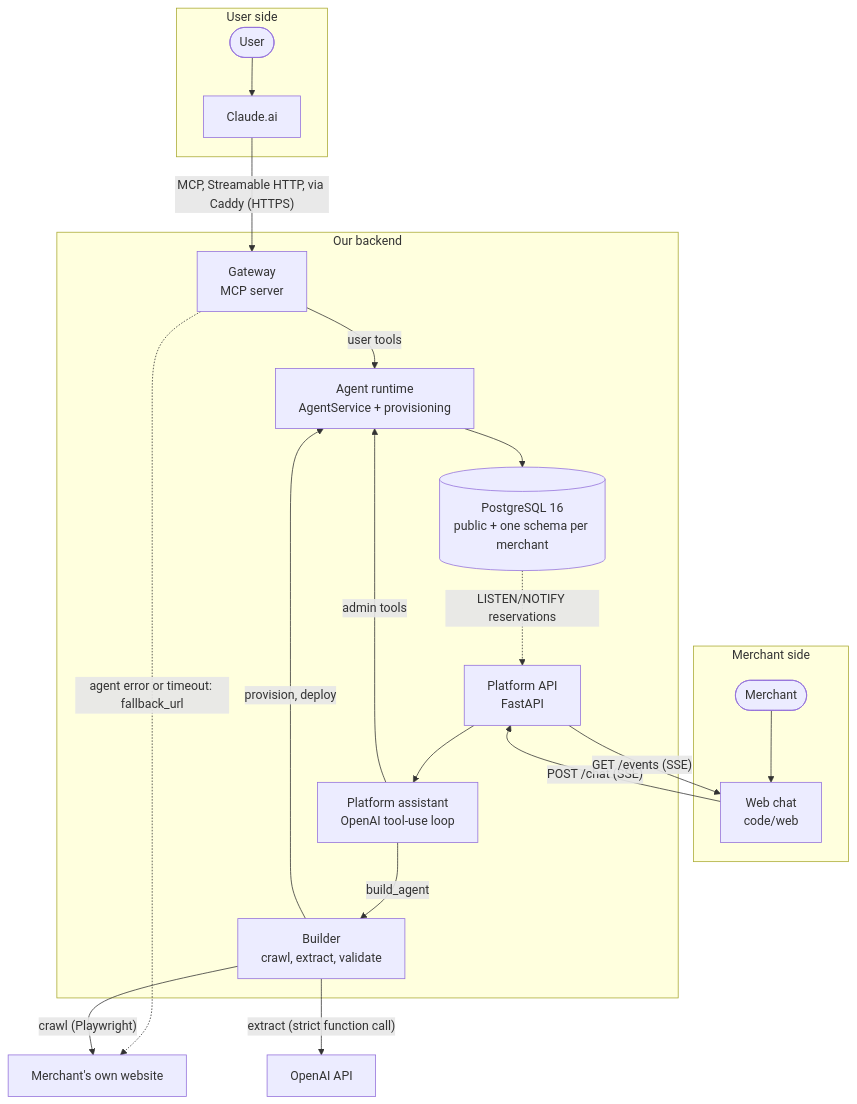
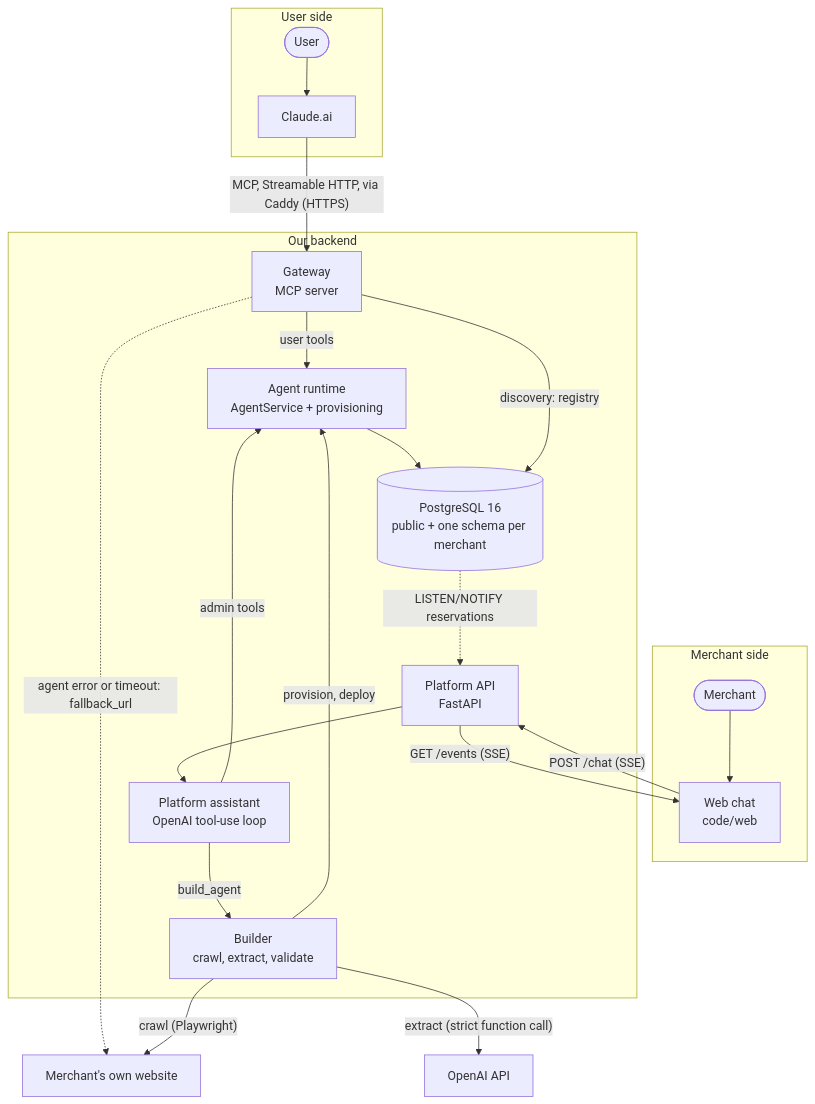
One commit to MaxEntz/BaselHack2026 changed the first of 2 diagrams in documentation/ARCHITECTURE.md. Above: the diagram before and after it, drawn with Mermaid. The commit also changed other lines of this file and 6 other files, not shown here.

First line of the commit message:
docs: address review of the architecture docs

````diff
--- a/documentation/ARCHITECTURE.md
+++ b/documentation/ARCHITECTURE.md
@@ -12,35 +12,36 @@
 ```mermaid
 flowchart TB
   subgraph USER["User side"]
     U(["User"]) --> C["Claude.ai"]
   end
 
   subgraph MERCHANT["Merchant side"]
     M(["Merchant"]) --> WEB["Web chat<br/>code/web"]
   end
 
   subgraph BACKEND["Our backend"]
     GW["Gateway<br/>MCP server"]
     AG["Agent runtime<br/>AgentService + provisioning"]
     DB[("PostgreSQL 16<br/>public + one schema per merchant")]
     PL["Platform API<br/>FastAPI"]
     ASSIST["Platform assistant<br/>OpenAI tool-use loop"]
     BU["Builder<br/>crawl, extract, validate"]
   end
 
   C -->|"MCP, Streamable HTTP, via Caddy (HTTPS)"| GW
   GW -->|"user tools"| AG
   AG --> DB
+  GW -->|"discovery: registry"| DB
   GW -.->|"agent error or timeout: fallback_url"| SITE["Merchant's own website"]
 
   WEB -->|"POST /chat (SSE)"| PL
   PL --> ASSIST
   ASSIST -->|"admin tools"| AG
   ASSIST -->|"build_agent"| BU
   BU -->|"crawl (Playwright)"| SITE
   BU -->|"extract (strict function call)"| OAI["OpenAI API"]
   BU -->|"provision, deploy"| AG
 
   DB -.->|"LISTEN/NOTIFY reservations"| PL
   PL -->|"GET /events (SSE)"| WEB
 ```
````
